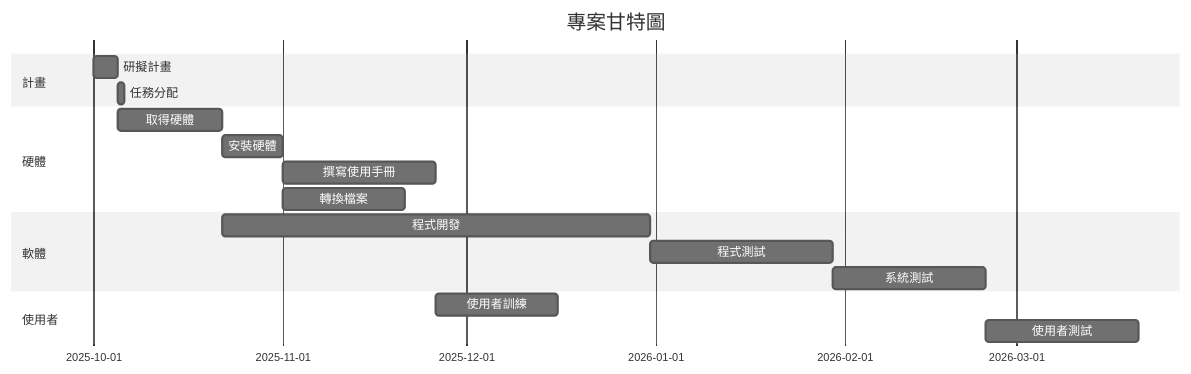
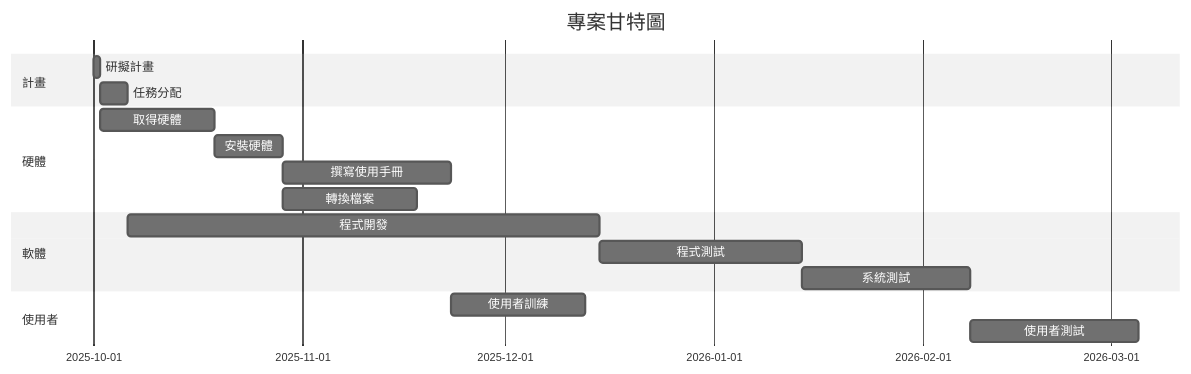
Before and after one commit to adams7718/114-1A: the second of 2 diagrams in hw2.md, drawn with Mermaid (neutral theme). The commit also changed other lines of this file, not shown here.

````diff
--- a/hw2.md
+++ b/hw2.md
@@ -19,19 +19,21 @@
 ```mermaid
 gantt
     title 專案甘特圖
+    dateFormat  YYYY-MM-DD
     section 計畫
-    研擬計畫          :a1, 2025-10-01, 4d
-    任務分配          :a2, after a1, 1d
+    研擬計畫          :a1, 2025-10-01, 1d
+    任務分配          :a2, after a1, 4d
     section 硬體
     取得硬體          :a3, after a1, 17d
     安裝硬體          :a5, after a3, 10d
     撰寫使用手冊      :a7, after a5, 25d
     轉換檔案          :a8, after a5, 20d
     section 軟體
-    程式開發          :a4, after a2 a3, 70d
+    程式開發          :a4, after a2, 70d
     程式測試          :a6, after a4, 30d
     系統測試          :a9, after a6, 25d
     section 使用者
     使用者訓練        :a10, after a7 a8, 20d
     使用者測試        :a11, after a9 a10, 25d
+
 ```
````
